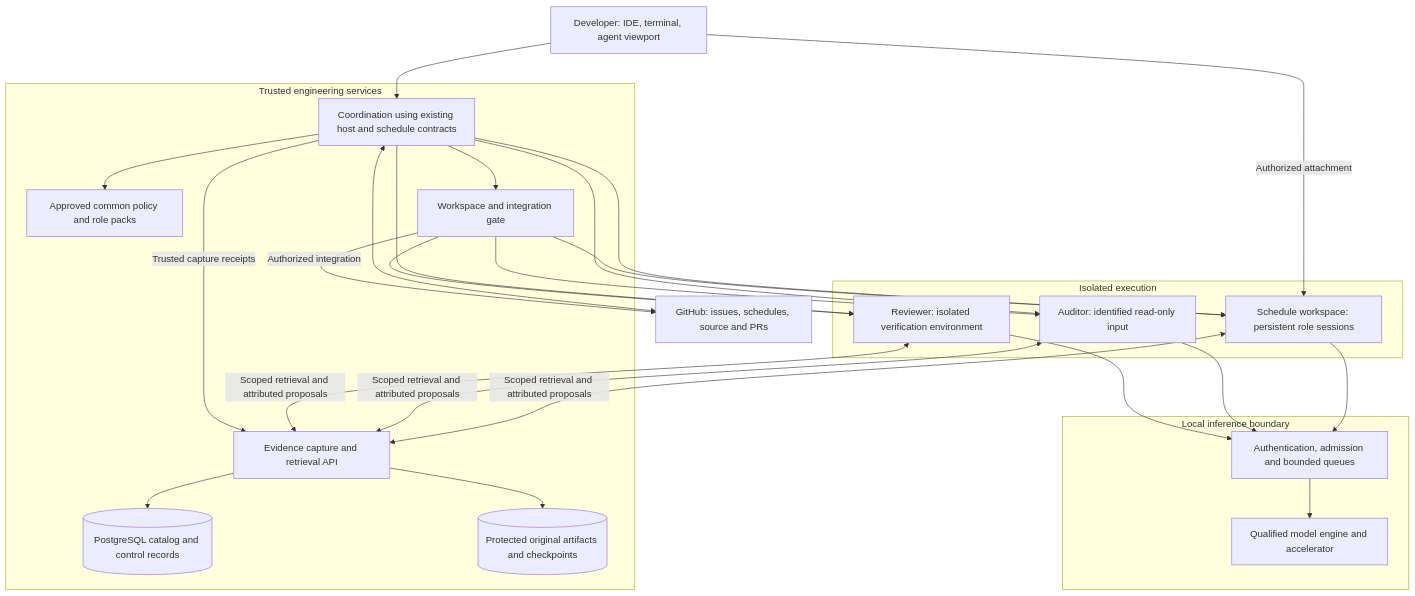
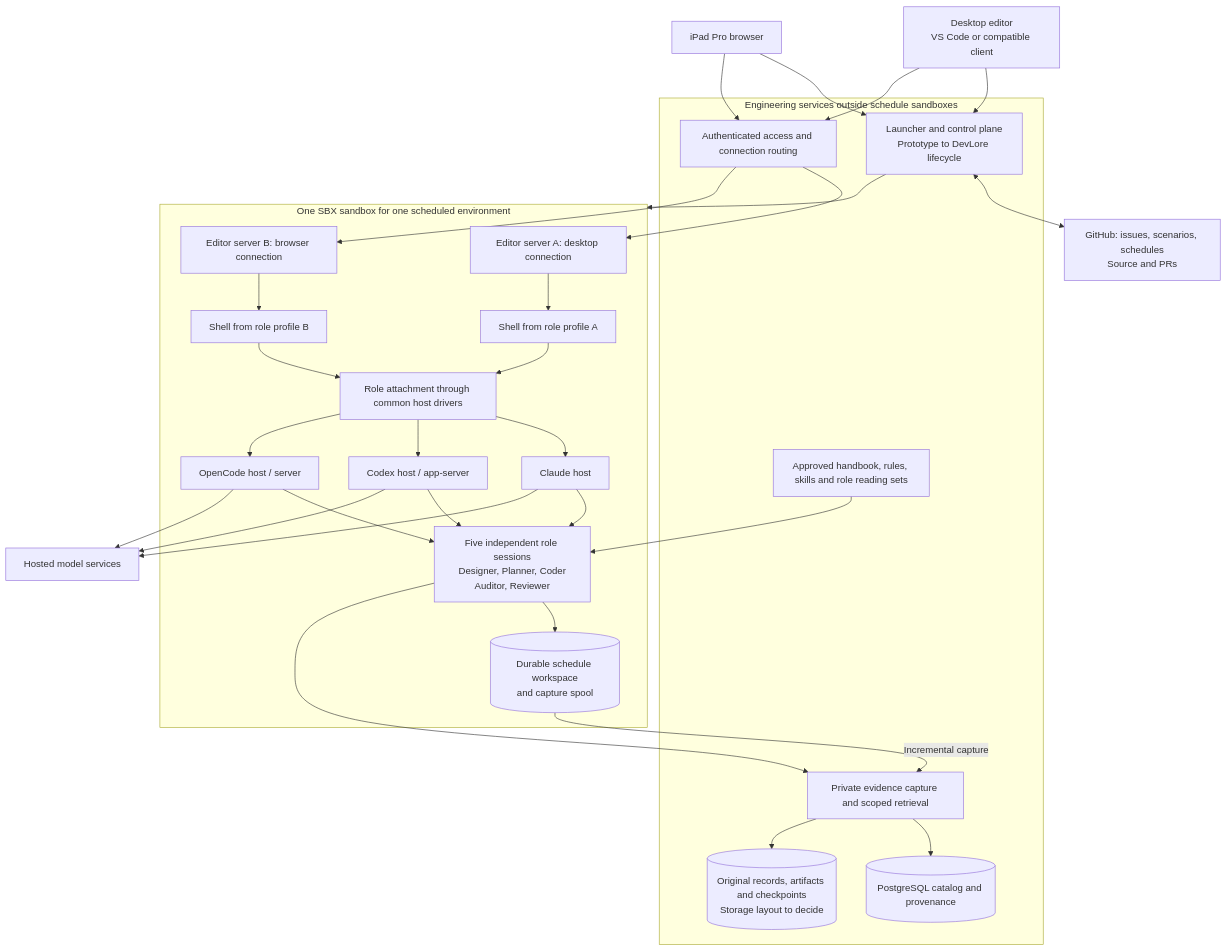
Before and after one commit to NobleFactor/noblefactor-engprod: the first of 2 diagrams in docs/architecture/agentic-developer-workstation.md, drawn with Mermaid. The commit also changed other lines of this file and 2 other files, not shown here.

First line of the commit message:
docs: define hosted-agent workstation architecture and roadmap (#521)

````diff
--- a/docs/architecture/agentic-developer-workstation.md
+++ b/docs/architecture/agentic-developer-workstation.md
@@ -156,40 +250,57 @@
 ```mermaid
 flowchart TB
-    H["Developer: IDE, terminal, agent viewport"]
-    GH["GitHub: issues, schedules, source and PRs"]
-    subgraph CONTROL["Trusted engineering services"]
-        C["Coordination using existing host and schedule contracts"]
-        P["Approved common policy and role packs"]
-        W["Workspace and integration gate"]
-        E["Evidence capture and retrieval API"]
-        DB[("PostgreSQL catalog and control records")]
-        B[("Protected original artifacts and checkpoints")]
+    Mac["Desktop editor<br/>VS Code or compatible client"]
+    Pad["iPad Pro browser"]
+    GitHub["GitHub: issues, scenarios, schedules<br/>Source and PRs"]
+    Models["Hosted model services"]
+
+    subgraph Shared["Engineering services outside schedule sandboxes"]
+        Control["Launcher and control plane<br/>Prototype to DevLore lifecycle"]
+        Access["Authenticated access and connection routing"]
+        Policy["Approved handbook, rules, skills and role reading sets"]
+        Evidence["Private evidence capture and scoped retrieval"]
+        Catalog[("PostgreSQL catalog and provenance")]
+        Originals[("Original records, artifacts and checkpoints<br/>Storage layout to decide")]
+        Evidence --> Catalog
+        Evidence --> Originals
     end
-    subgraph EXEC["Isolated execution"]
-        D["Schedule workspace: persistent role sessions"]
-        A["Auditor: identified read-only input"]
-        R["Reviewer: isolated verification environment"]
+
+    subgraph SBX["One SBX sandbox for one scheduled environment"]
+        EditorA["Editor server A: desktop connection"]
+        EditorB["Editor server B: browser connection"]
+        ProfileA["Shell from role profile A"]
+        ProfileB["Shell from role profile B"]
+        Attach["Role attachment through common host drivers"]
+        Claude["Claude host"]
+        Codex["Codex host / app-server"]
+        OpenCode["OpenCode host / server"]
+        Roles["Five independent role sessions<br/>Designer, Planner, Coder<br/>Auditor, Reviewer"]
+        Work[("Durable schedule workspace<br/>and capture spool")]
+        EditorA --> ProfileA
+        EditorB --> ProfileB
+        ProfileA --> Attach
+        ProfileB --> Attach
+        Attach --> Claude
+        Attach --> Codex
+        Attach --> OpenCode
+        Claude --> Roles
+        Codex --> Roles
+        OpenCode --> Roles
+        Roles --> Work
     end
-    subgraph INF["Local inference boundary"]
-        Q["Authentication, admission and bounded queues"]
-        M["Qualified model engine and accelerator"]
-    end
-    H --> C
-    H -->|"Authorized attachment"| D
-    C <--> GH
-    C --> P
-    C --> W
-    C --> D
-    C --> A
-    C --> R
-    W --> D
-    W --> A
-    W --> R
-    D & A & R --> Q
-    Q --> M
-    D & A & R <-->|"Scoped retrieval and attributed proposals"| E
-    C -->|"Trusted capture receipts"| E
-    E --> DB
-    E --> B
-    W -->|"Authorized integration"| GH
+
+    Mac --> Control
+    Pad --> Control
+    Mac --> Access
+    Pad --> Access
+    Access --> EditorA
+    Access --> EditorB
+    Control --> SBX
+    Control <--> GitHub
+    Policy --> Roles
+    Roles --> Evidence
+    Work -->|"Incremental capture"| Evidence
+    Claude --> Models
+    Codex --> Models
+    OpenCode --> Models
 ```
````
